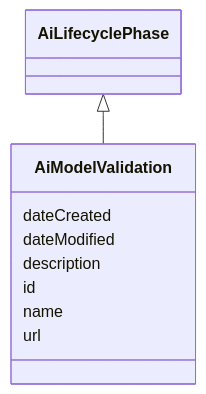
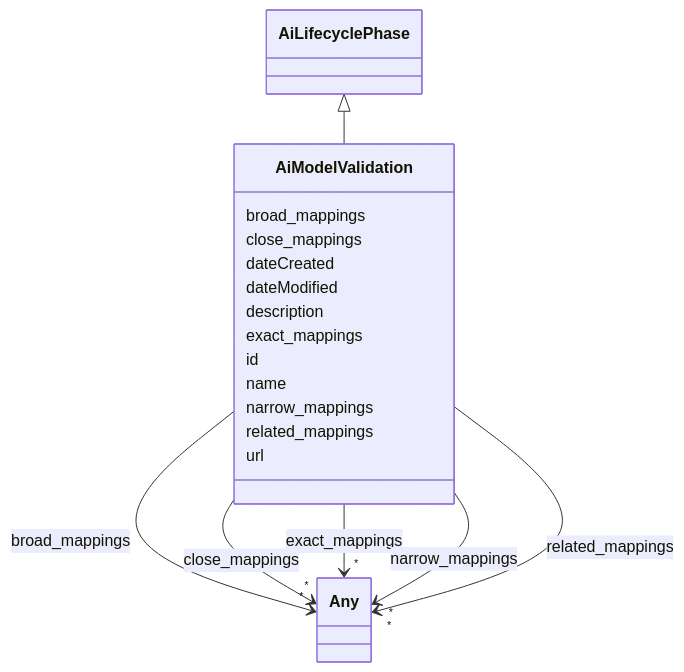
One commit to ingelise/risk-atlas-nexus changed the diagram in docs/ontology/AiModelValidation.md. Above: the diagram before and after it, drawn with Mermaid. The commit also changed other lines of this file and 180 other files, not shown here.

````diff
--- a/docs/ontology/AiModelValidation.md
+++ b/docs/ontology/AiModelValidation.md
@@ -18,21 +18,76 @@
 ```mermaid
  classDiagram
     class AiModelValidation
     click AiModelValidation href "../AiModelValidation/"
       AiLifecyclePhase <|-- AiModelValidation
         click AiLifecyclePhase href "../AiLifecyclePhase/"
 
+      AiModelValidation : broad_mappings
+
+
+
+
+
+        AiModelValidation --> "*" Any : broad_mappings
+        click Any href "../Any/"
+
+
+
+      AiModelValidation : close_mappings
+
+
+
+
+
+        AiModelValidation --> "*" Any : close_mappings
+        click Any href "../Any/"
+
+
+
       AiModelValidation : dateCreated
 
       AiModelValidation : dateModified
 
       AiModelValidation : description
 
+      AiModelValidation : exact_mappings
+
+
+
+
+
+        AiModelValidation --> "*" Any : exact_mappings
+        click Any href "../Any/"
+
+
+
       AiModelValidation : id
 
       AiModelValidation : name
+
+      AiModelValidation : narrow_mappings
+
+
+
+
+
+        AiModelValidation --> "*" Any : narrow_mappings
+        click Any href "../Any/"
+
+
+
+      AiModelValidation : related_mappings
+
+
+
+
+
+        AiModelValidation --> "*" Any : related_mappings
+        click Any href "../Any/"
+
+
 
       AiModelValidation : url
 
 
 ```
````
